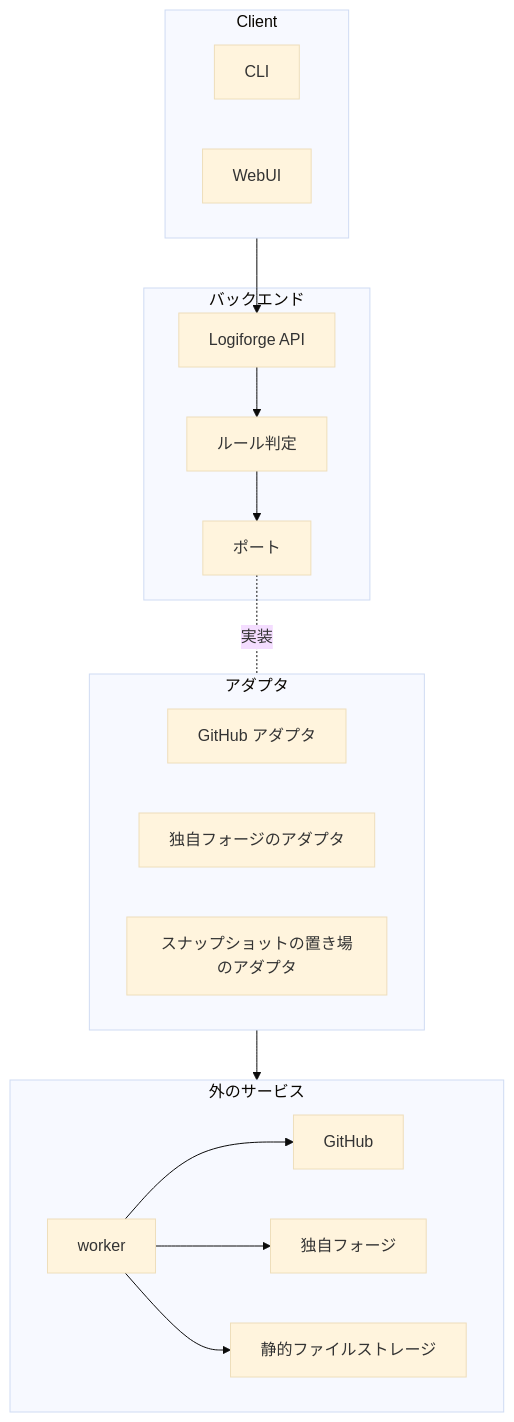
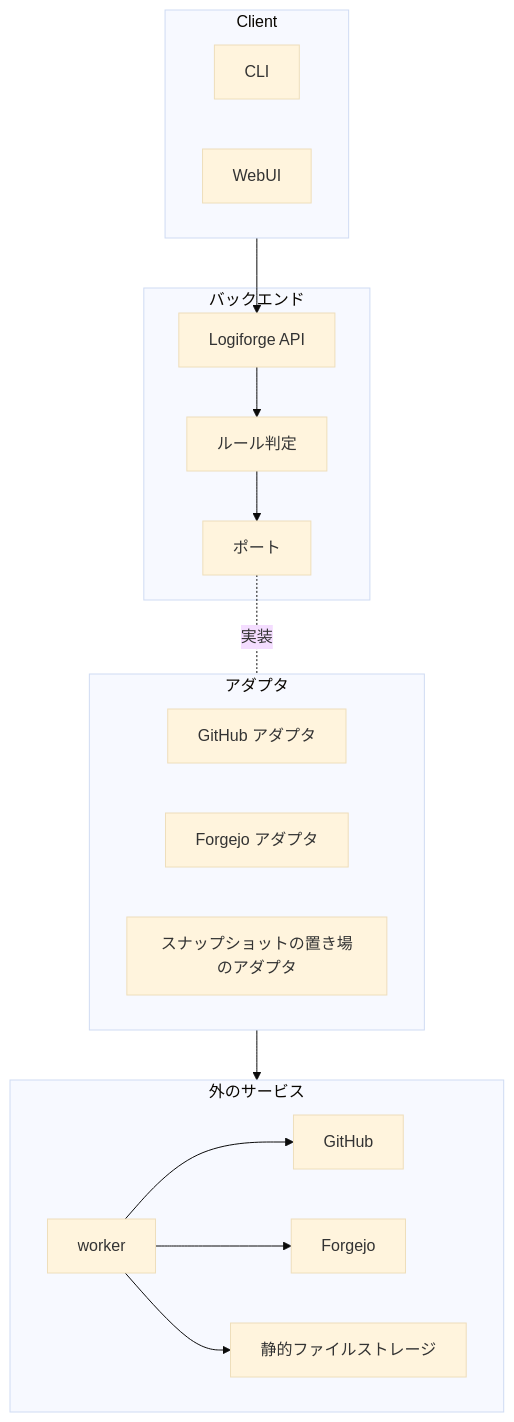
One commit to yamambainc/logiforge changed the diagram in design/architecture.md. Above: the diagram before and after it, drawn with Mermaid (base theme). The commit also changed other lines of this file and 20 other files, not shown here.

````diff
--- a/design/architecture.md
+++ b/design/architecture.md
@@ -8,31 +8,31 @@
 ```mermaid
 flowchart TB
   subgraph CL["Client"]
     CLI["CLI"]
     WEB["WebUI"]
   end
   subgraph BE["バックエンド"]
     API["Logiforge API"]
     RULE["ルール判定"]
     PT["ポート"]
   end
   subgraph AD["アダプタ"]
     GHA["GitHub アダプタ"]
-    NFA["独自フォージのアダプタ"]
+    NFA["Forgejo アダプタ"]
     SSA["スナップショットの置き場のアダプタ"]
   end
   subgraph EX["外のサービス"]
     W["worker"]
     GH["GitHub"]
-    NF["独自フォージ"]
+    NF["Forgejo"]
     OBJ["静的ファイルストレージ"]
   end
   CL --> API
   API --> RULE
   RULE --> PT
   PT -.-|実装| AD
   AD --> EX
   W --> GH
   W --> NF
   W --> OBJ
 ```
````
